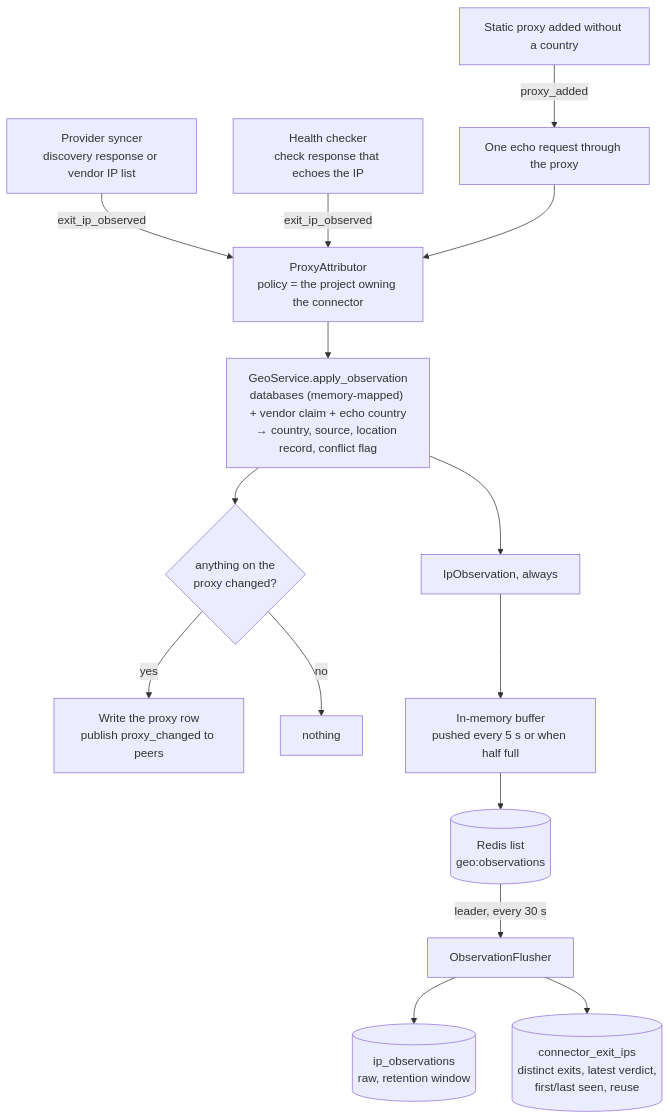
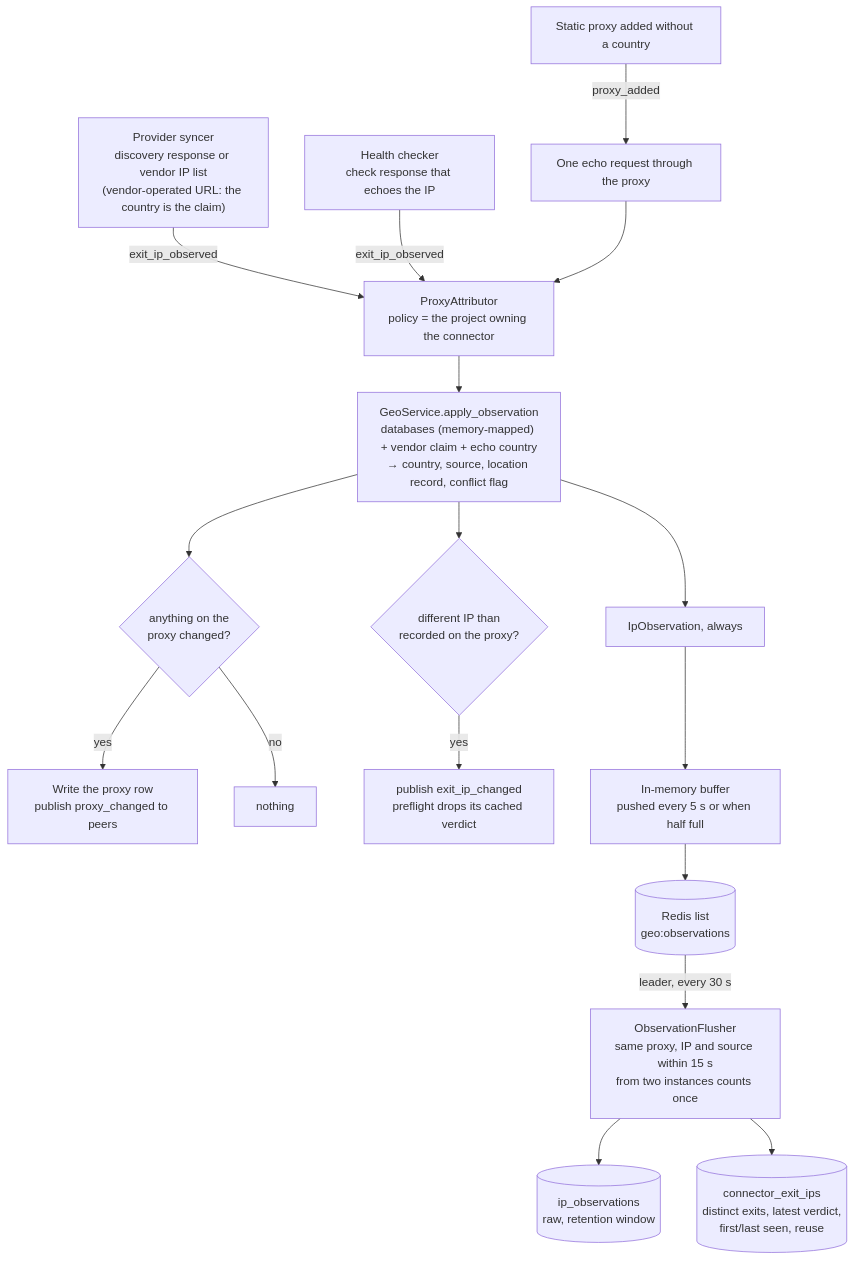
Before and after one commit to octoprox/octoprox: the first of 4 diagrams in docs/ip-attribution.md, drawn with Mermaid. The commit also changed other lines of this file, not shown here.

Commit message:
Update IP attribution diagrams.

````diff
--- a/docs/ip-attribution.md
+++ b/docs/ip-attribution.md
@@ -25,17 +25,19 @@
 ```mermaid
 flowchart TD
-    syncer["Provider syncer<br/>discovery response or vendor IP list"] -->|exit_ip_observed| attributor
+    syncer["Provider syncer<br/>discovery response or vendor IP list<br/>(vendor-operated URL: the country is the claim)"] -->|exit_ip_observed| attributor
     hc["Health checker<br/>check response that echoes the IP"] -->|exit_ip_observed| attributor
     added["Static proxy added without a country"] -->|proxy_added| echo1["One echo request through the proxy"] --> attributor
     attributor["ProxyAttributor<br/>policy = the project owning the connector"] --> resolve
     resolve["GeoService.apply_observation<br/>databases (memory-mapped) + vendor claim + echo country<br/>→ country, source, location record, conflict flag"]
     resolve --> changed{"anything on the<br/>proxy changed?"}
     changed -->|yes| write["Write the proxy row<br/>publish proxy_changed to peers"]
     changed -->|no| nothing["nothing"]
+    resolve --> moved{"different IP than<br/>recorded on the proxy?"}
+    moved -->|yes| drop["publish exit_ip_changed<br/>preflight drops its cached verdict"]
     resolve --> obs["IpObservation, always"]
     obs --> buffer["In-memory buffer<br/>pushed every 5 s or when half full"]
     buffer --> redis[("Redis list<br/>geo:observations")]
-    redis -->|leader, every 30 s| flusher["ObservationFlusher"]
+    redis -->|leader, every 30 s| flusher["ObservationFlusher<br/>same proxy, IP and source within 15 s<br/>from two instances counts once"]
     flusher --> raw[("ip_observations<br/>raw, retention window")]
     flusher --> exits[("connector_exit_ips<br/>distinct exits, latest verdict,<br/>first/last seen, reuse")]
 ```
````
